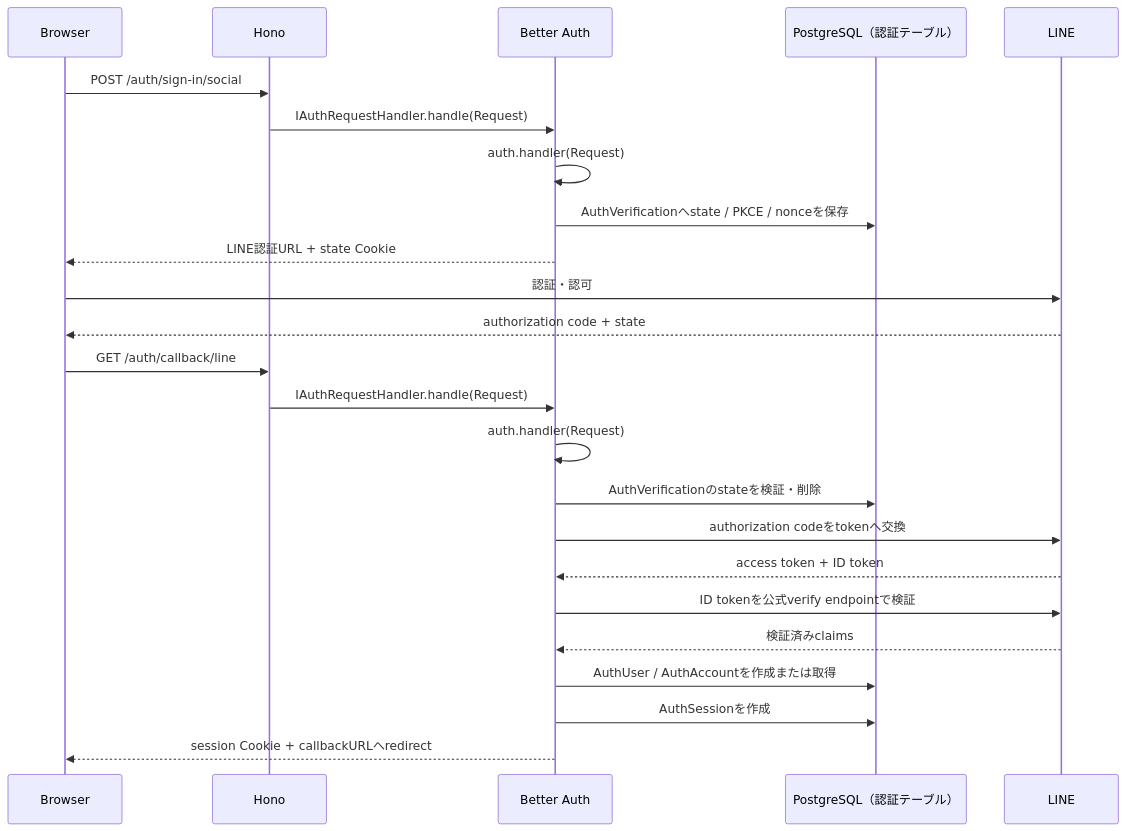
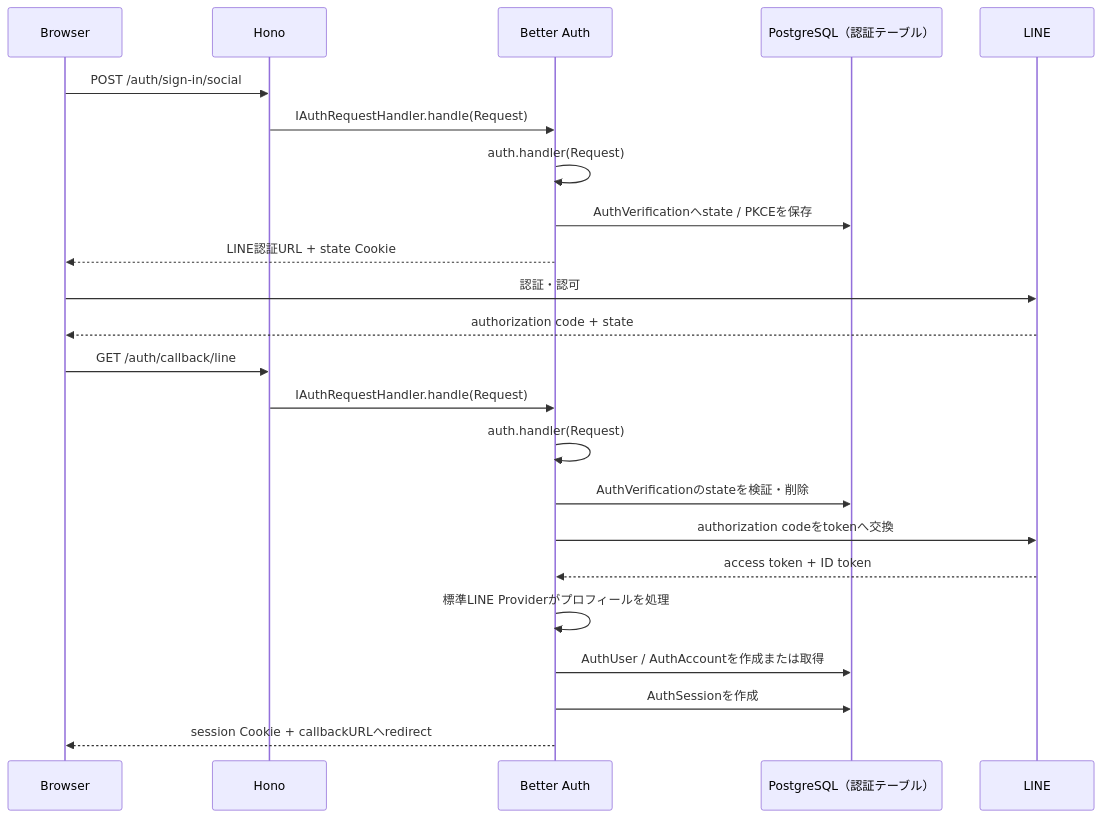
Before and after one commit to HirokaMitsunaga/auth-test: the diagram in backend/src/auth/docs/better-auth-flow.md, drawn with Mermaid. The commit also changed other lines of this file and 7 other files, not shown here.

````diff
--- a/backend/src/auth/docs/better-auth-flow.md
+++ b/backend/src/auth/docs/better-auth-flow.md
@@ -83,27 +83,26 @@
 ```mermaid
 sequenceDiagram
     participant B as Browser
     participant H as Hono
     participant A as Better Auth
     participant DB as PostgreSQL（認証テーブル）
     participant L as LINE
 
     B->>H: POST /auth/sign-in/social
     H->>A: IAuthRequestHandler.handle(Request)
     A->>A: auth.handler(Request)
-    A->>DB: AuthVerificationへstate / PKCE / nonceを保存
+    A->>DB: AuthVerificationへstate / PKCEを保存
     A-->>B: LINE認証URL + state Cookie
     B->>L: 認証・認可
     L-->>B: authorization code + state
     B->>H: GET /auth/callback/line
     H->>A: IAuthRequestHandler.handle(Request)
     A->>A: auth.handler(Request)
     A->>DB: AuthVerificationのstateを検証・削除
     A->>L: authorization codeをtokenへ交換
     L-->>A: access token + ID token
-    A->>L: ID tokenを公式verify endpointで検証
-    L-->>A: 検証済みclaims
+    A->>A: 標準LINE Providerがプロフィールを処理
     A->>DB: AuthUser / AuthAccountを作成または取得
     A->>DB: AuthSessionを作成
     A-->>B: session Cookie + callbackURLへredirect
 ```
````
